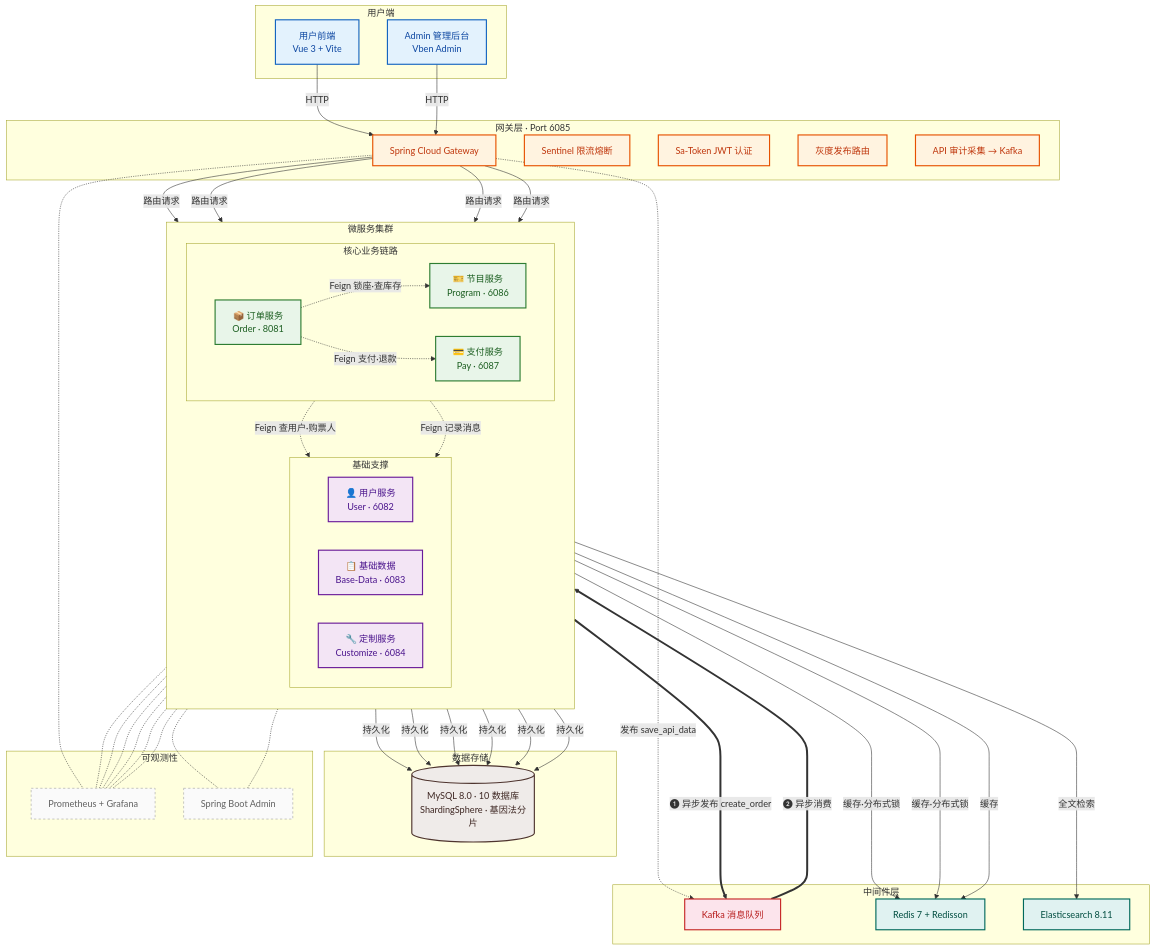
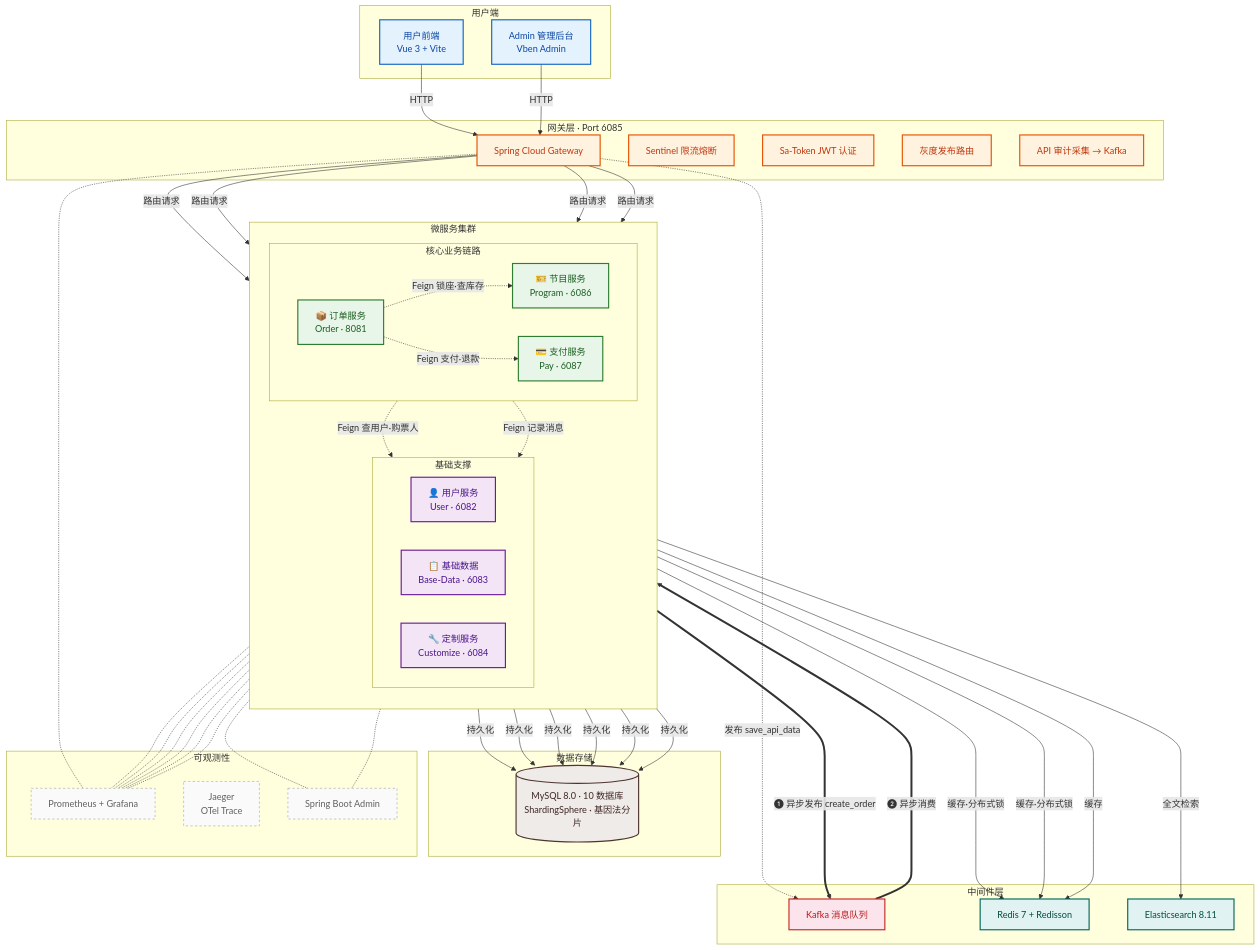
Before and after one commit to zhentaozhang/ticketflow: the third of 4 diagrams in README.md, drawn with Mermaid. The commit also changed other lines of this file, not shown here.

```diff
--- a/README.md
+++ b/README.md
@@ -271,6 +273,7 @@
     %% ==================== 可观测性 ====================
     subgraph Observability[可观测性]
         PG[Prometheus + Grafana]:::monitor
+        JG[Jaeger<br/>OTel Trace]:::monitor
         BA[Spring Boot Admin]:::monitor
     end
 
```
